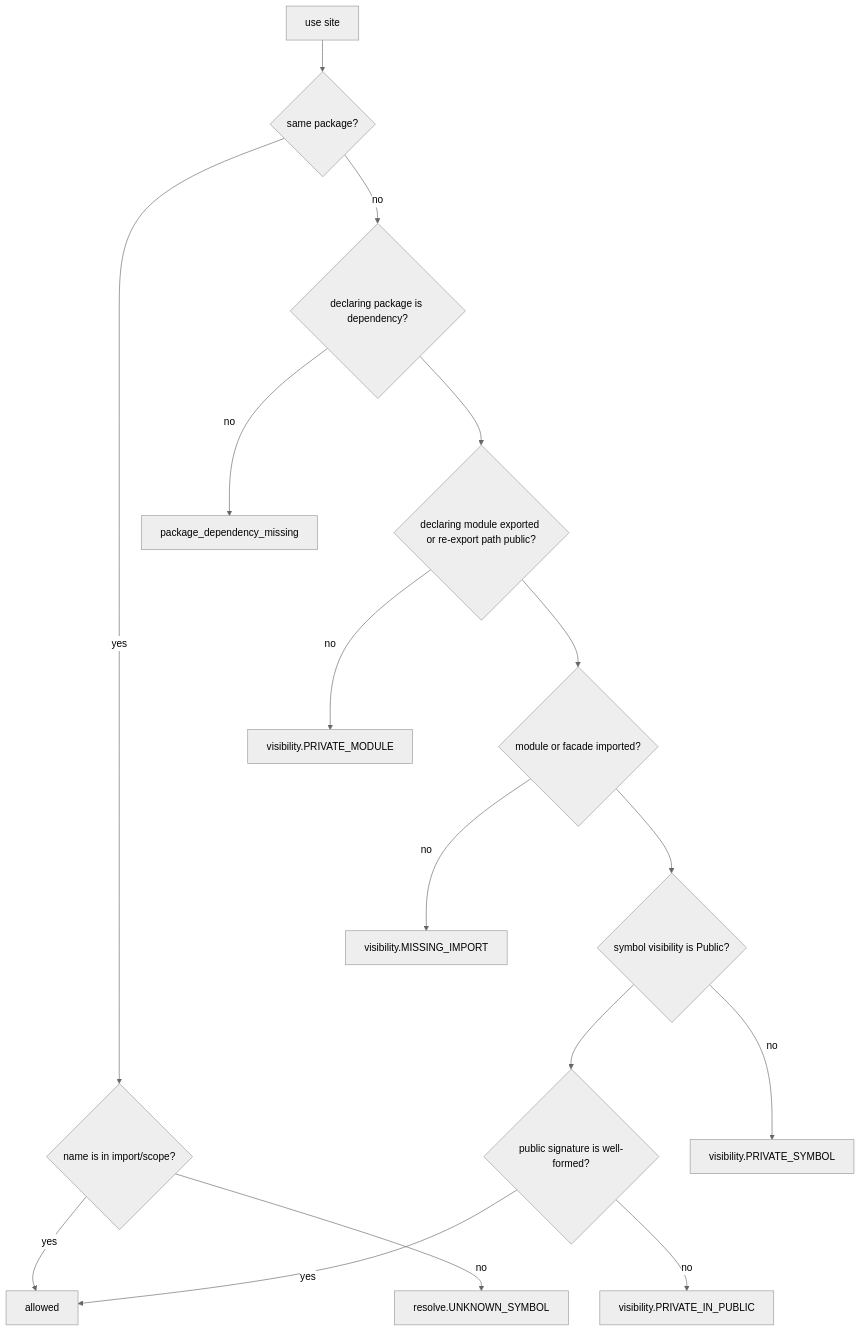
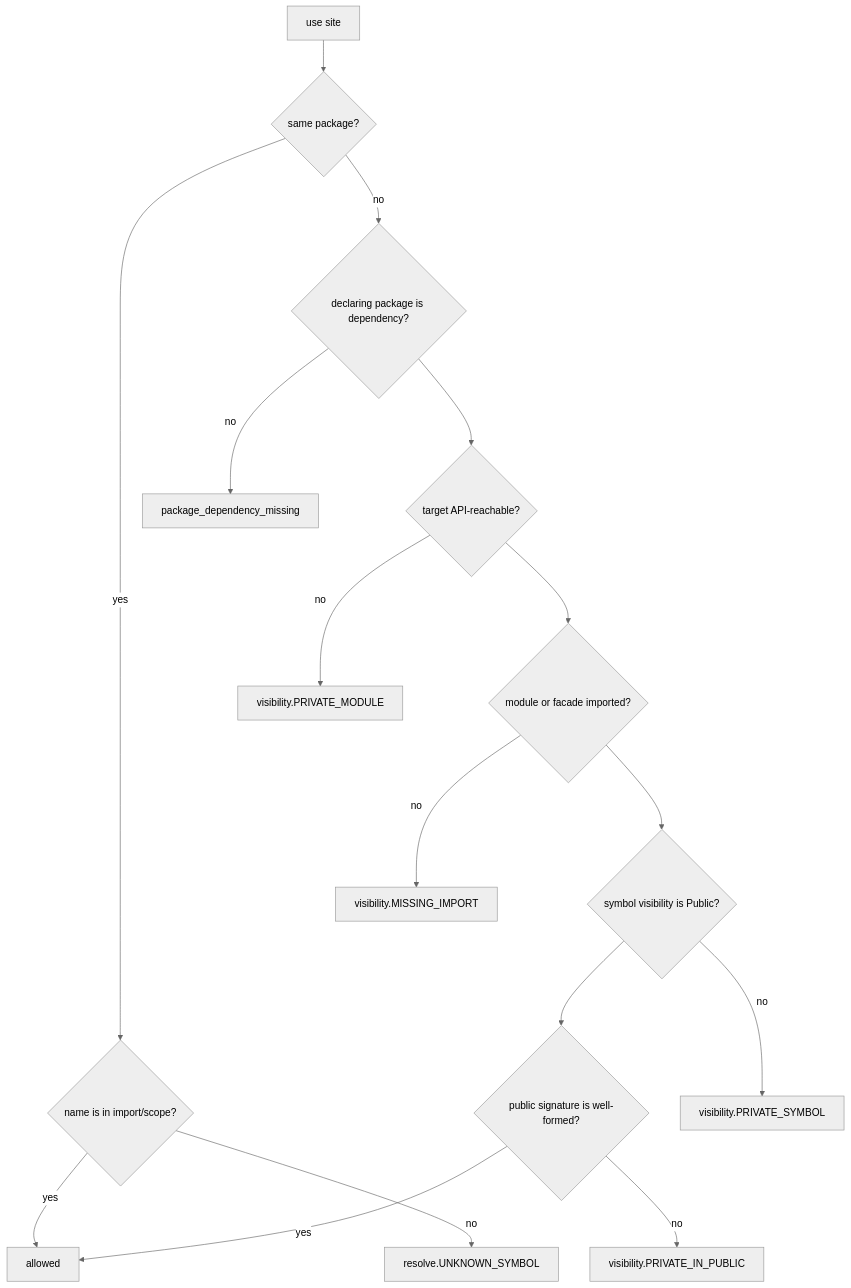
Before and after one commit to Zzzode/AHFL: the first of 3 diagrams in docs/rfcs/0009-symbol-visibility.zh.md, drawn with Mermaid (neutral theme). The commit also changed other lines of this file and 49 other files, not shown here.

````diff
--- a/docs/rfcs/0009-symbol-visibility.zh.md
+++ b/docs/rfcs/0009-symbol-visibility.zh.md
@@ -113,18 +116,18 @@
 ```mermaid
 flowchart TD
     UseSite["use site"] --> SamePackage{"same package?"}
     SamePackage -->|yes| ImportScope{"name is in import/scope?"}
     SamePackage -->|no| Dependency{"declaring package is dependency?"}
-    Dependency --> ModuleExport{"declaring module exported or re-export path public?"}
+    Dependency --> ModuleExport{"target API-reachable?"}
     ModuleExport --> Imported{"module or facade imported?"}
     Imported --> SymbolPublic{"symbol visibility is Public?"}
     SymbolPublic --> PublicSignature{"public signature is well-formed?"}
     ImportScope -->|yes| Allowed["allowed"]
     ImportScope -->|no| RejectScope["resolve.UNKNOWN_SYMBOL"]
     Dependency -->|no| RejectDependency["package_dependency_missing"]
     ModuleExport -->|no| RejectModule["visibility.PRIVATE_MODULE"]
     Imported -->|no| RejectImport["visibility.MISSING_IMPORT"]
     SymbolPublic -->|no| RejectSymbol["visibility.PRIVATE_SYMBOL"]
     PublicSignature -->|yes| Allowed
     PublicSignature -->|no| RejectLeak["visibility.PRIVATE_IN_PUBLIC"]
 ```
````
